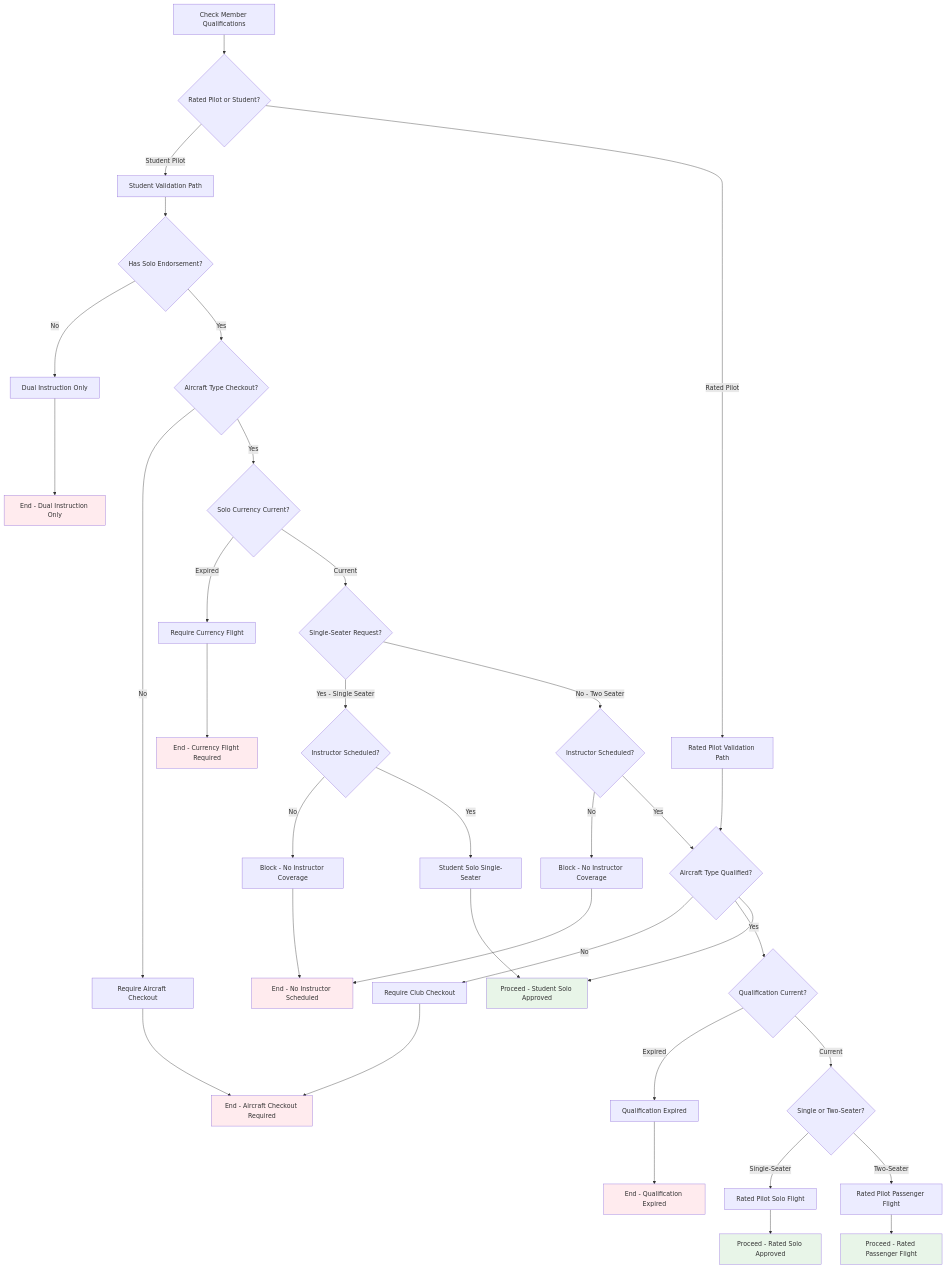
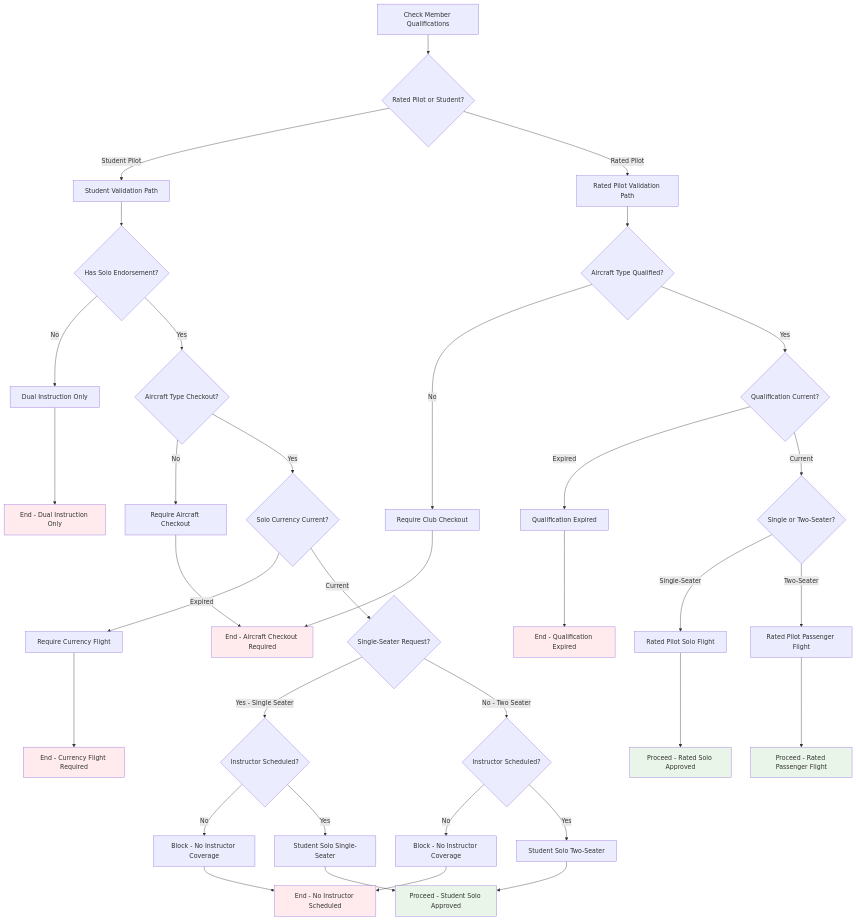
Before and after one commit to pietbarber/Manage2Soar: the second of 5 diagrams in docs/workflows/issue-190-glider-reservation-design.md, drawn with Mermaid.

Commit message:
Refactor qualification validation workflow to improve clarity in aircraft type qualification checks. Update flowchart logic to enhance the decision-making process for student solo approvals, ensuring accurate qualification tracking and streamlined conflict resolution.

````diff
--- a/docs/workflows/issue-190-glider-reservation-design.md
+++ b/docs/workflows/issue-190-glider-reservation-design.md
@@ -54,52 +54,52 @@
 ```mermaid
 flowchart TD
     A[Check Member Qualifications] --> B{Rated Pilot or Student?}
     
     B -->|Student Pilot| C[Student Validation Path]
     B -->|Rated Pilot| D[Rated Pilot Validation Path]
     
     C --> E{Has Solo Endorsement?}
     E -->|No| F[Dual Instruction Only]
     E -->|Yes| G{Aircraft Type Checkout?}
     G -->|No| H[Require Aircraft Checkout]
     G -->|Yes| I{Solo Currency Current?}
     I -->|Expired| J[Require Currency Flight]
     I -->|Current| K{Single-Seater Request?}
     
     K -->|Yes - Single Seater| L{Instructor Scheduled?}
     L -->|No| M[Block - No Instructor Coverage]
     L -->|Yes| N[Student Solo Single-Seater]
     K -->|No - Two Seater| O{Instructor Scheduled?}
     O -->|No| P[Block - No Instructor Coverage]
     O -->|Yes| Q[Student Solo Two-Seater]
     
-    D --> Q{Aircraft Type Qualified?}
-    Q -->|No| R[Require Club Checkout]
-    Q -->|Yes| S{Qualification Current?}
+    D --> AA{Aircraft Type Qualified?}
+    AA -->|No| R[Require Club Checkout]
+    AA -->|Yes| S{Qualification Current?}
     S -->|Expired| T[Qualification Expired]
     S -->|Current| U{Single or Two-Seater?}
     
     U -->|Single-Seater| V[Rated Pilot Solo Flight]
     U -->|Two-Seater| W[Rated Pilot Passenger Flight]
     
     F --> BB[End - Dual Instruction Only]
     H --> CC[End - Aircraft Checkout Required]
     J --> DD[End - Currency Flight Required]
     M --> EE[End - No Instructor Scheduled]
     N --> FF[Proceed - Student Solo Approved]
     P --> EE
-    Q --> FF
+    Q --> FF[Proceed - Student Solo Approved]
     R --> CC
-    T --> GG[End - Qualification Expired]
+    T --> JJ[End - Qualification Expired]
     V --> HH[Proceed - Rated Solo Approved]
     W --> II[Proceed - Rated Passenger Flight]
     
     style FF fill:#e8f5e8
     style HH fill:#e8f5e8
     style II fill:#e8f5e8
     style BB fill:#ffebee
     style CC fill:#ffebee
     style DD fill:#ffebee
     style EE fill:#ffebee
-    style GG fill:#ffebee
+    style JJ fill:#ffebee
 ```
````
